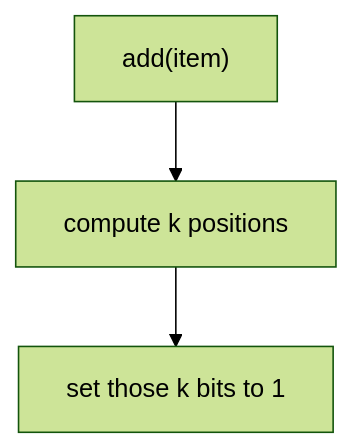
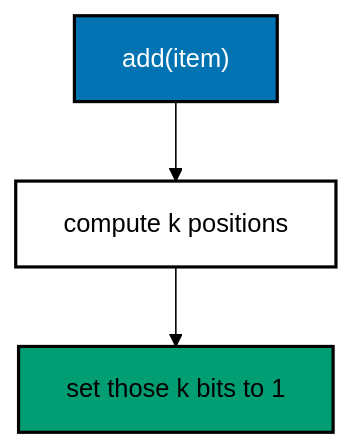
The first of 2 diagrams in drill/system-design-algos/in-python/algo_07_bloom_filter.md (wahidyankf/grind-in-public), drawn with Mermaid (forest theme) before and after one commit. The commit also changed other lines of this file and 22 other files, not shown here.

First line of the commit message:
docs: use accessible palette in mermaid diagrams

````diff
--- a/drill/system-design-algos/in-python/algo_07_bloom_filter.md
+++ b/drill/system-design-algos/in-python/algo_07_bloom_filter.md
@@ -41,9 +41,15 @@
 ```mermaid
 flowchart TD
   accTitle: Bloom filter add
   accDescr {
     Shows how add computes the k bit positions for an item and sets each of those bits to 1.
   }
   A["add(item)"] --> B["compute k positions"]
   B --> C["set those k bits to 1"]
+  classDef default fill:#FFFFFF,stroke:#000000,color:#000000,stroke-width:2px
+  classDef blue fill:#0173B2,stroke:#000000,color:#FFFFFF,stroke-width:2px
+  classDef orange fill:#DE8F05,stroke:#000000,color:#000000,stroke-width:2px
+  classDef teal fill:#029E73,stroke:#000000,color:#000000,stroke-width:2px
+  class A blue
+  class C teal
 ```
````
